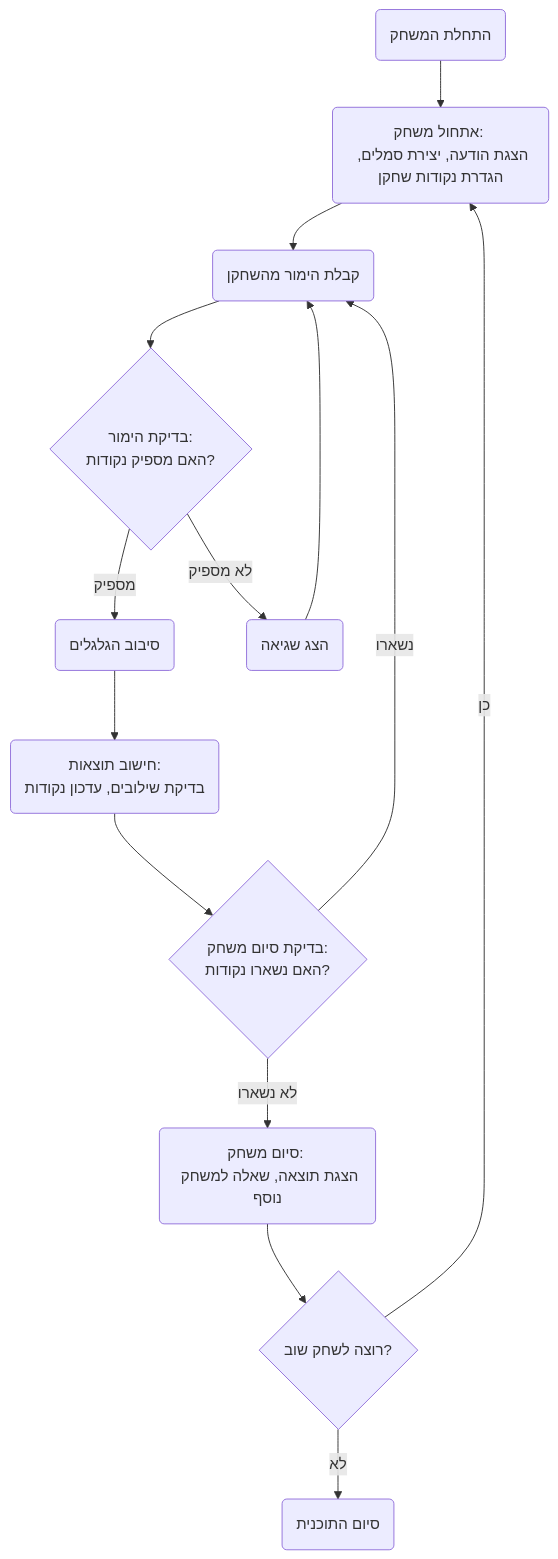
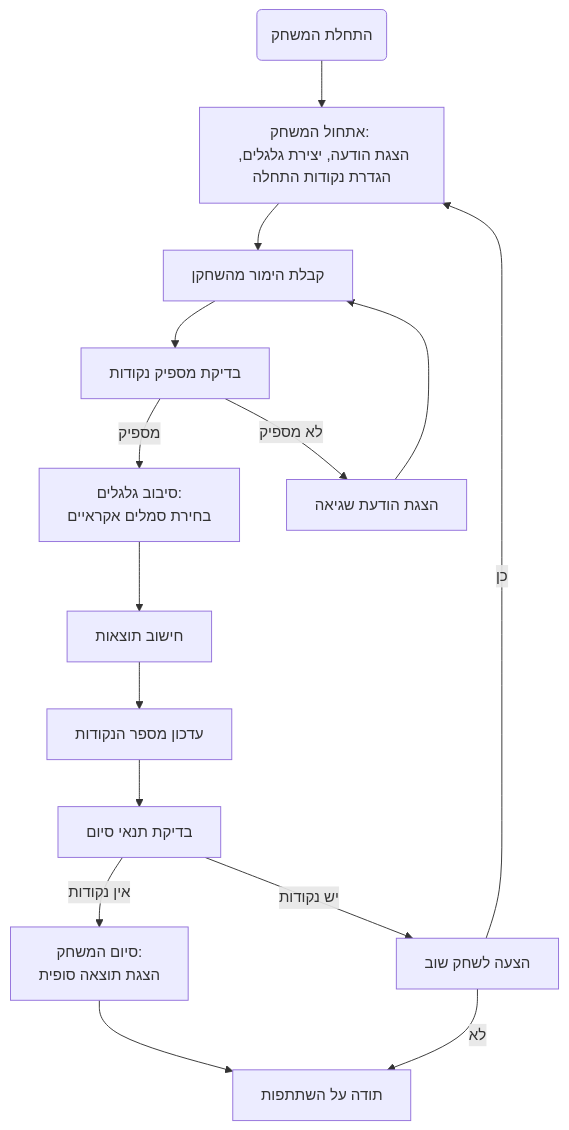
One commit to hypo69/hypo changed the diagram in docs/gemini/he/explainer/src/endpoints/ai_games/101_basic_computer_games/ru/rules/81_slots.ru.md.md. Above: the diagram before and after it, drawn with Mermaid. The commit also changed other lines of this file and 885 other files, not shown here.

````diff
--- a/docs/gemini/he/explainer/src/endpoints/ai_games/101_basic_computer_games/ru/rules/81_slots.ru.md.md
+++ b/docs/gemini/he/explainer/src/endpoints/ai_games/101_basic_computer_games/ru/rules/81_slots.ru.md.md
@@ -34,16 +47,17 @@
 ```mermaid
 flowchart TD
-    Start(התחלת המשחק) --> Initialize(אתחול משחק: <br>הצגת הודעה, יצירת סמלים, הגדרת נקודות שחקן);
-    Initialize --> BetInput(קבלת הימור מהשחקן);
-    BetInput --> ValidateBet{בדיקת הימור:<br>האם מספיק נקודות?};
-    ValidateBet -- מספיק --> SpinReels(סיבוב הגלגלים);
-    ValidateBet -- לא מספיק --> ShowError(הצג שגיאה);
-    ShowError --> BetInput;
-    SpinReels --> CalculateResult(חישוב תוצאות: <br>בדיקת שילובים, עדכון נקודות);
-    CalculateResult --> CheckGameEnd{בדיקת סיום משחק:<br>האם נשארו נקודות?};
-    CheckGameEnd -- נשארו --> BetInput;
-    CheckGameEnd -- לא נשארו --> EndGame(סיום משחק: <br>הצגת תוצאה, שאלה למשחק נוסף);
-    EndGame --> PlayAgain{רוצה לשחק שוב?};
-    PlayAgain -- כן --> Initialize;
-    PlayAgain -- לא --> Finish(סיום התוכנית);
+    Start(התחלת המשחק) --> Init[אתחול המשחק: <br>הצגת הודעה, יצירת גלגלים, הגדרת נקודות התחלה];
+    Init --> InputBet[קבלת הימור מהשחקן];
+    InputBet --> CheckPoints[בדיקת מספיק נקודות];
+    CheckPoints -- מספיק --> SpinReels[סיבוב גלגלים: <br>בחירת סמלים אקראיים];
+    CheckPoints -- לא מספיק --> ErrorMessage[הצגת הודעת שגיאה];
+    ErrorMessage --> InputBet;
+    SpinReels --> CalculateResult[חישוב תוצאות];
+    CalculateResult --> UpdatePoints[עדכון מספר הנקודות];
+    UpdatePoints --> CheckGameOver[בדיקת תנאי סיום];
+    CheckGameOver -- אין נקודות --> GameOver[סיום המשחק: <br>הצגת תוצאה סופית];
+    CheckGameOver -- יש נקודות --> PlayAgain[הצעה לשחק שוב];
+    PlayAgain -- כן --> Init;
+    PlayAgain -- לא --> ThankYou[תודה על השתתפות];
+    GameOver --> ThankYou;
 ```
````
